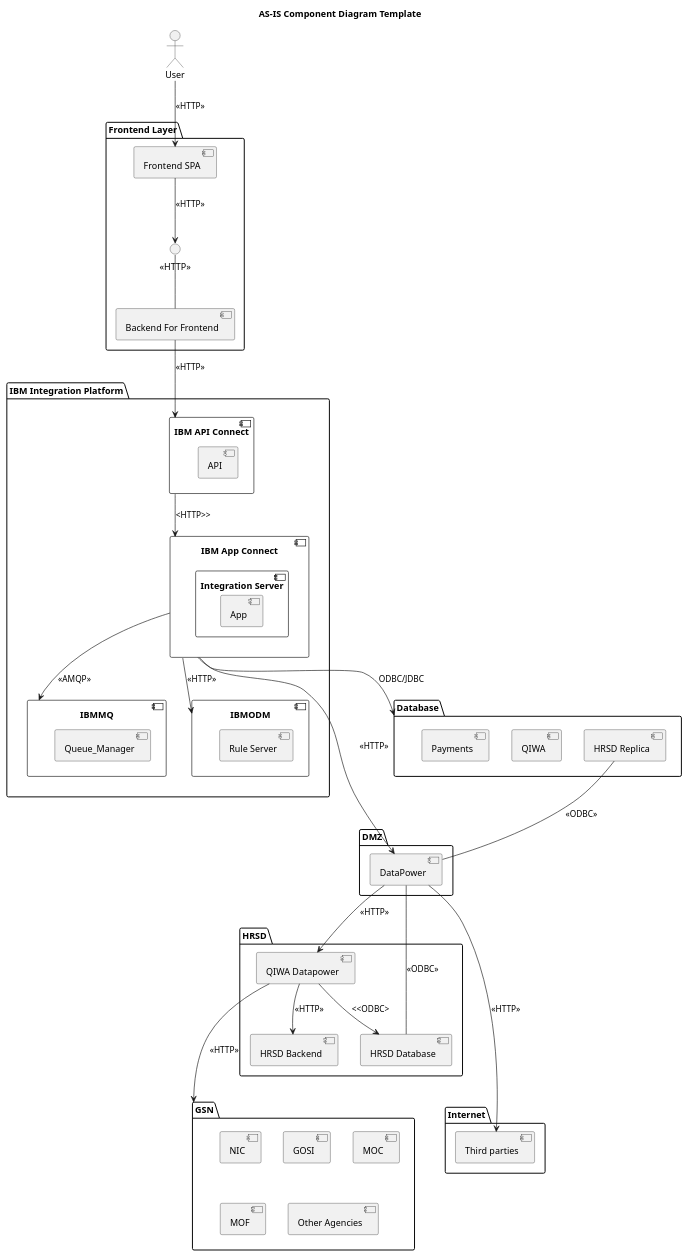
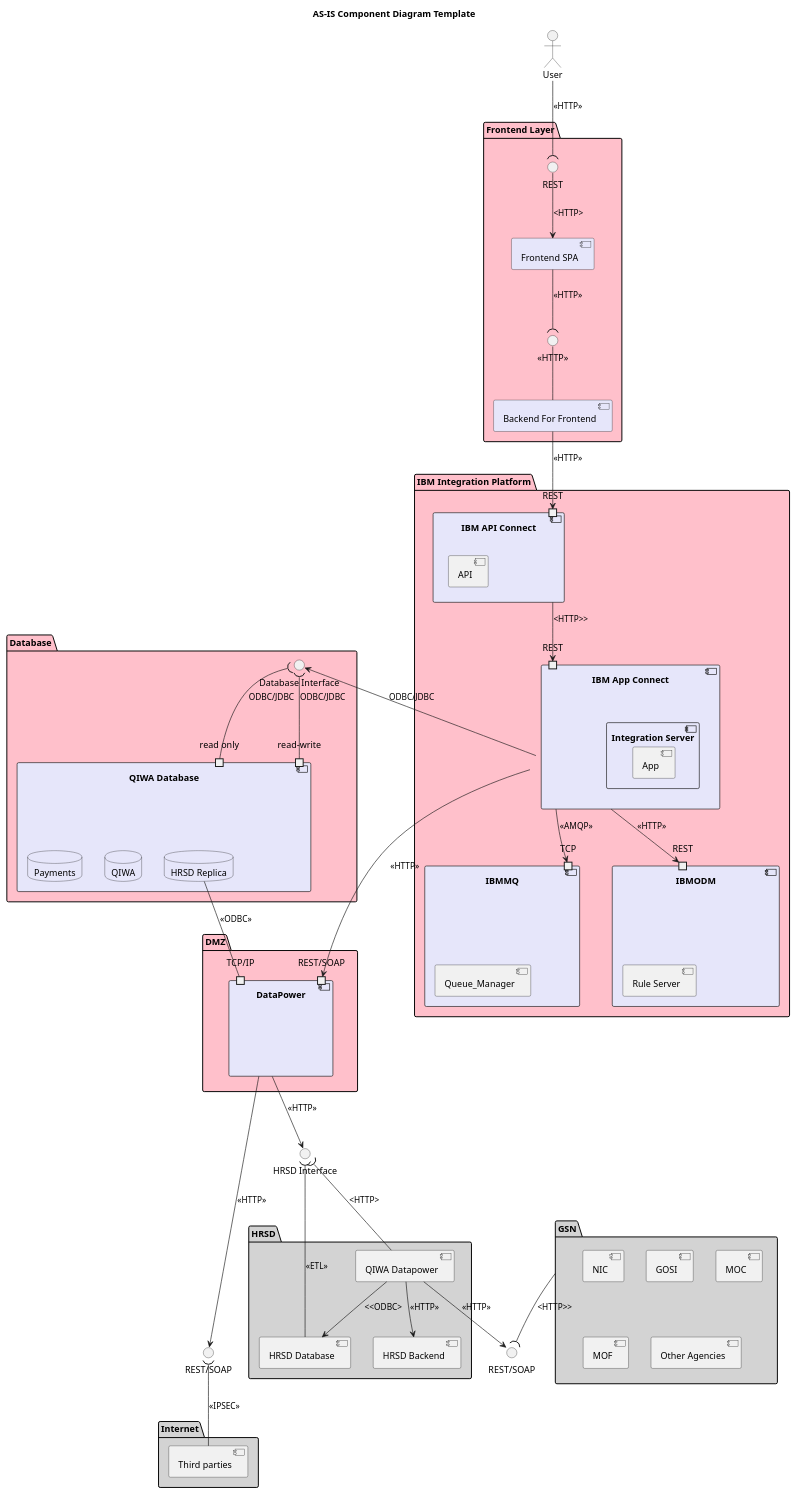
One commit to ahmadabuTaha/mcp-work-space-repo changed the diagram in diagram-templates/plantuml/claude_asis_template.plantuml. Above: the diagram before and after it, drawn with PlantUML. The commit also changed 3 other files, not shown here.

```diff
--- a/diagram-templates/plantuml/claude_asis_template.plantuml
+++ b/diagram-templates/plantuml/claude_asis_template.plantuml
@@ -1,83 +1,106 @@
 @startuml
 title  AS-IS Component Diagram Template
 
 
 
 actor "User" as Actor
 
-package "Frontend Layer" {
-    component [Frontend SPA] as SPA
+package "Frontend Layer"#pink {
+    interface REST as spaport
+    component [Frontend SPA] as SPA #Lavender
     interface "<<HTTP>>" as bff_Interface
-    component "Backend For Frontend" as BFF
+    component "Backend For Frontend" as BFF #Lavender
 }
 
-package "IBM Integration Platform" {
-    component "IBM API Connect" as APIConnect{
+package "IBM Integration Platform" #pink{
+    component "IBM API Connect" as APIConnect #Lavender {
+       port REST as apicport
       component "API" as api
     }
-    component "IBM App Connect" as AppConnect{
+    component "IBM App Connect" as AppConnect #Lavender{
+      port REST as aceport
       component "Integration Server" as is{
+        
         component "App" as service
       }
     }
-    component "IBMMQ"{
+    component "IBMMQ" #Lavender{
+       port TCP as mqport
       component "Queue_Manager"
     }
     
-    component "IBMODM"{
-
+    component "IBMODM" #Lavender{
+       port REST as odmport
       component "Rule Server" as RuleServer
     }
 }
 
-package "DMZ"{
-  component "DataPower" as DataPower
+package "DMZ"#pink{
+   
+  component "DataPower" as DataPower #Lavender{
+    port "REST/SOAP" as dpport
+    port  "TCP/IP" as tcpport
+  }
+  
+  
 }
 
-package "Database" {
-  component "QIWA"
-  component "HRSD Replica" as Replica
-  component "Payments"
+package "Database" #pink{
+  interface "Database Interface" as qdbint
+ component "QIWA Database" as qdb #Lavender{
+   port "read only" as ag_lsnr
+   port  "read-write" as rw_lsnr
+   
+  database "QIWA" #Lavender
+  database "HRSD Replica" as Replica #Lavender
+  database "Payments" #Lavender
+ }
+  
 }
-
-package "HRSD"{
+interface "HRSD Interface" as hrsdint
+package "HRSD" #LightGray{
   component "QIWA Datapower" as HRSDDP
   component "HRSD Database" as HRSDDB
   component "HRSD Backend" as HRSD_Backend
   
-
 }
-
-package "GSN"{
+interface "REST/SOAP" as gsnint
+package "GSN" #LightGray{
   component "NIC" as NIC
   component "GOSI" as GOSI
   component "MOC" as MOC
   component "MOF" as MOF
   component "Other Agencies" as othersGSN
 }
-
-package "Internet"{
+interface "REST/SOAP" as internet_int
+package "Internet" #LightGray{
   component "Third parties" as tp
 }
 
 ' Flow connections
 
-Actor --> SPA : "<<HTTP>>"
-SPA -->bff_Interface : <<HTTP>>
+Actor --( spaport : "<<HTTP>>"
+spaport -->  SPA: "<HTTP>"
+SPA --(bff_Interface : <<HTTP>>
 BFF -up- bff_Interface
-BFF --> APIConnect : "<<HTTP>>"
-APIConnect --> AppConnect : "<HTTP>>"
-AppConnect -down-> IBMMQ : "<<AMQP>>"
+BFF --> apicport : "<<HTTP>>"
+APIConnect --> aceport : "<HTTP>>"
+AppConnect -down-> mqport : "<<AMQP>>"
 
 
-AppConnect -down-> IBMODM : "<<HTTP>>"
-AppConnect -down-> Database : "ODBC/JDBC"
-AppConnect --down-> DataPower : "<<HTTP>>"
-DataPower-down->HRSDDP : "<<HTTP>>"
+AppConnect -down-> odmport : "<<HTTP>>"
+AppConnect -left-> qdbint : "ODBC/JDBC"
+rw_lsnr-up-(qdbint : "ODBC/JDBC"
+ag_lsnr-up-(qdbint : "ODBC/JDBC"
+AppConnect --down-> dpport : "<<HTTP>>"
+DataPower-down->hrsdint : "<<HTTP>>"
+HRSDDP-up-(hrsdint: "<HTTP>"
 HRSDDP-->HRSD_Backend : "<<HTTP>>"
 HRSDDP-->HRSDDB : "<<ODBC>"
-HRSDDP-down-->GSN :"<<HTTP>>"
-HRSDDB-up- DataPower : "<<ODBC>>"
-DataPower-up-Replica : "<<ODBC>>"
-DataPower--down-->tp : "<<HTTP>>"
+HRSDDP-down->gsnint :"<<HTTP>>"
+GSN--(gsnint: "<HTTP>>"
+HRSDDB-up-(hrsdint : "<<ETL>>"
+tcpport-up-Replica : "<<ODBC>>"
+DataPower--down-->internet_int : "<<HTTP>>"
+tp-up-(internet_int : "<<IPSEC>>"
 @enduml
```
